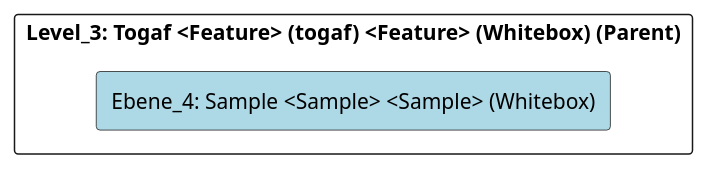
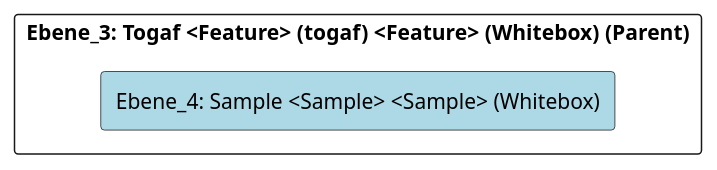
One commit to marcozwyssig/cleon changed the diagram in doc/cleonproject_deliverables_architecture_model_architecture/adoc/de/05_bausteinsicht/cleon/architecture_methods/togaf/sample/ebene_4_sample.adoc. Above: the diagram before and after it, drawn with PlantUML. The commit also changed other lines of this file and 620 other files, not shown here.

```diff
--- a/doc/cleonproject_deliverables_architecture_model_architecture/adoc/de/05_bausteinsicht/cleon/architecture_methods/togaf/sample/ebene_4_sample.adoc
+++ b/doc/cleonproject_deliverables_architecture_model_architecture/adoc/de/05_bausteinsicht/cleon/architecture_methods/togaf/sample/ebene_4_sample.adoc
@@ -20,24 +20,24 @@
 [plantuml, Ebene_4: Sample <Sample> <Sample> (Whitebox)BlockOverview, format="svg"]
 ----
 @startuml Ebene_4: Sample <Sample> <Sample> (Whitebox)BuildingBlockOverview
 
 skinparam ranksep 10
 skinparam componentStyle rectangle
 skinparam shadowing false
 skinparam arrowColor lightblue
 skinparam arrowThickness 1.2
 skinparam rectangle {
   BackgroundColor White
   BorderColor #333
   RoundCorner 10
 }
 top to bottom direction
 
-component "Level_3: Togaf <Feature> (togaf) <Feature> (Whitebox) (Parent)" {
+component "Ebene_3: Togaf <Feature> (togaf) <Feature> (Whitebox) (Parent)" {
     component "Ebene_4: Sample <Sample> <Sample> (Whitebox)" #lightblue {
     }
 
 }
 
 @enduml
 ----
```
